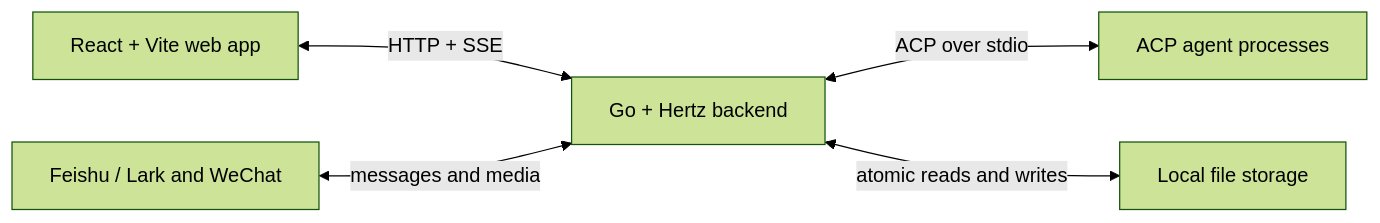
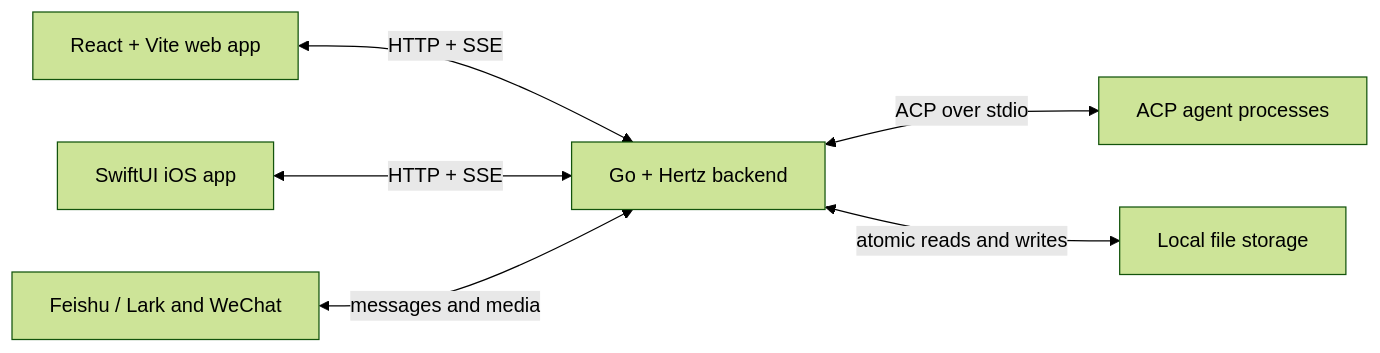
One commit to fanlv/quartet changed the diagram in README.md. Above: the diagram before and after it, drawn with Mermaid (forest theme). The commit also changed other lines of this file and 98 other files, not shown here.

First line of the commit message:
feat: add iOS native client, job observation, executor command, and graph run control improvements

````diff
--- a/README.md
+++ b/README.md
@@ -328,13 +330,15 @@
 ```mermaid
 flowchart LR
     UI["React + Vite web app"]
+    IOS["SwiftUI iOS app"]
     API["Go + Hertz backend"]
     ACP["ACP agent processes"]
     DATA["Local file storage"]
     IM["Feishu / Lark and WeChat"]
 
     UI <-->|HTTP + SSE| API
+    IOS <-->|HTTP + SSE| API
     API <-->|ACP over stdio| ACP
     API <-->|atomic reads and writes| DATA
     IM <-->|messages and media| API
 ```
````
